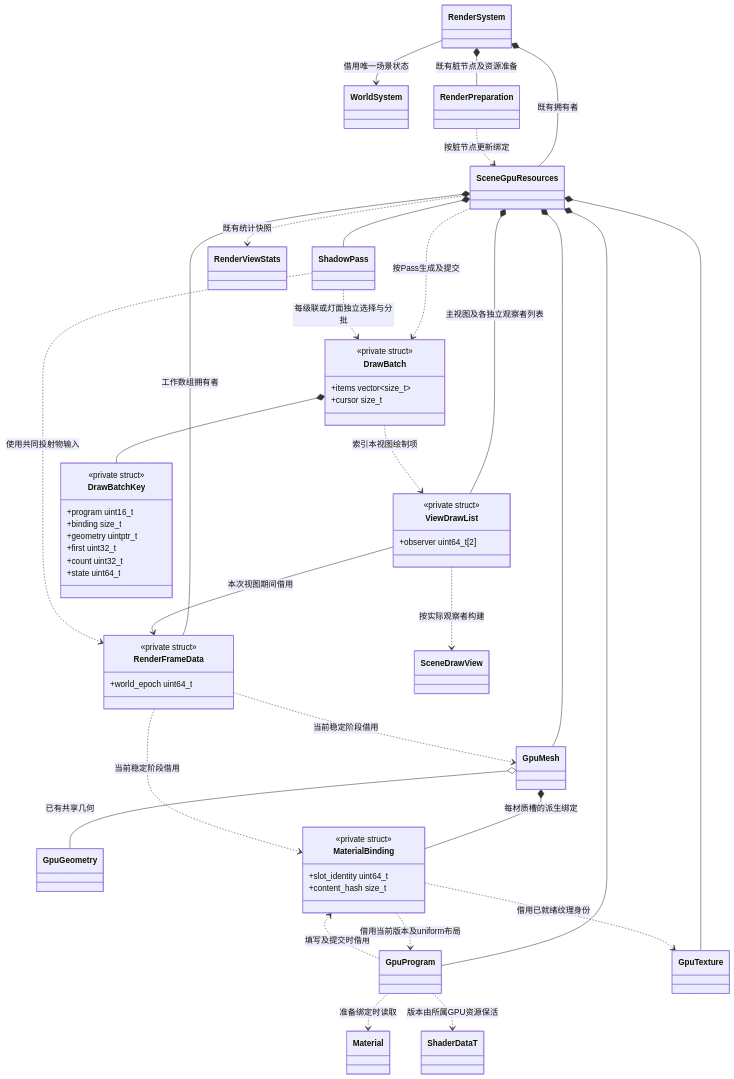
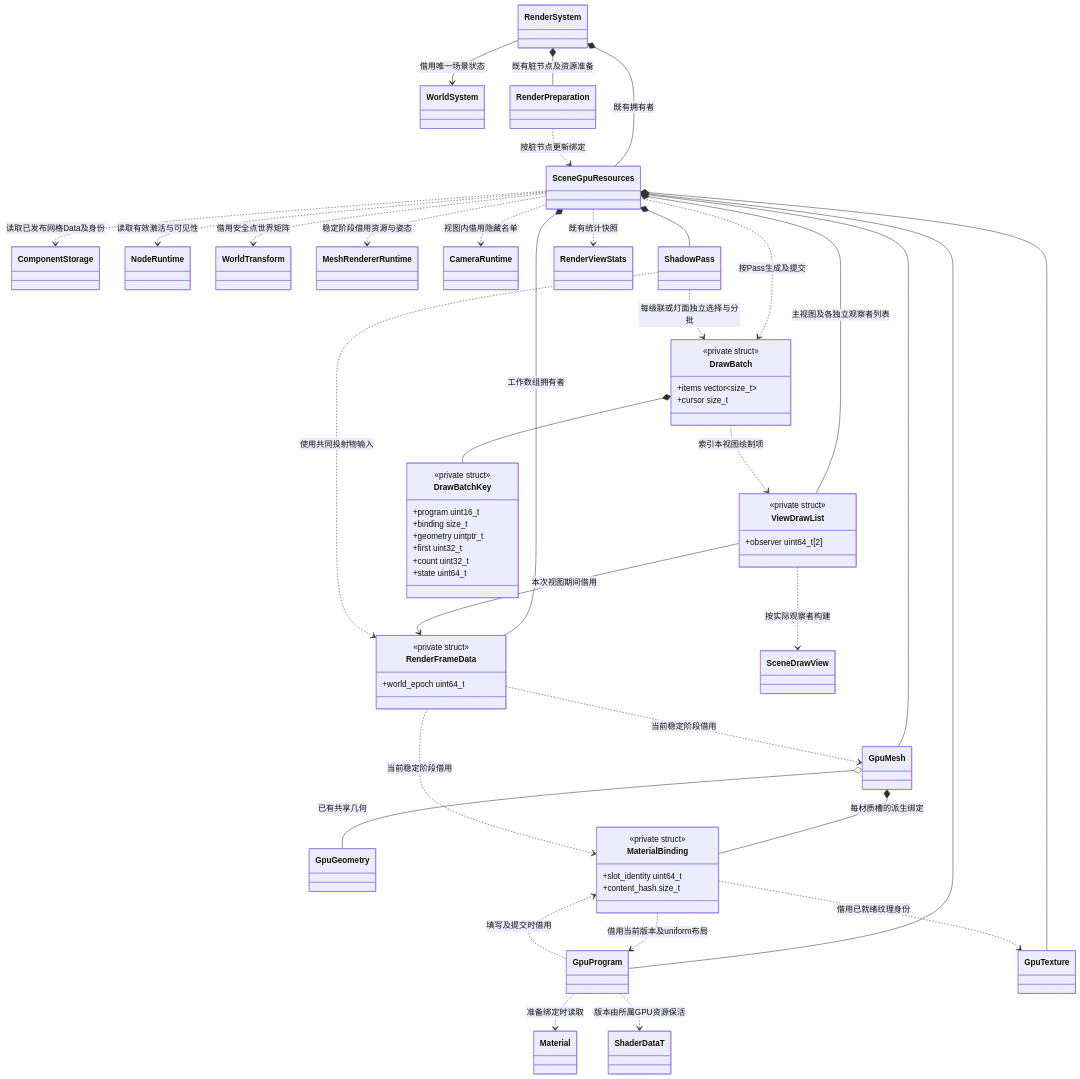
One commit to lcals/Engine changed the second of 3 diagrams in docs/runtime/class-diagrams/render-submission.md. Above: the diagram before and after it, drawn with Mermaid. The commit also changed other lines of this file and 13 other files, not shown here.

````diff
--- a/docs/runtime/class-diagrams/render-submission.md
+++ b/docs/runtime/class-diagrams/render-submission.md
@@ -127,71 +127,81 @@
 ```mermaid
 classDiagram
     direction TB
     class RenderSystem
     class WorldSystem
+    class ComponentStorage
+    class NodeRuntime
+    class WorldTransform
+    class MeshRendererRuntime
+    class CameraRuntime
     class SceneGpuResources
     class RenderPreparation
     class GpuMesh
     class GpuGeometry
     class GpuProgram
     class GpuTexture
     class Material
     class ShaderDataT
     class MaterialBinding {
         <<private struct>>
         +slot_identity uint64_t
         +content_hash size_t
     }
     class RenderFrameData {
         <<private struct>>
         +world_epoch uint64_t
     }
     class ViewDrawList {
         <<private struct>>
         +observer uint64_t[2]
     }
     class DrawBatchKey {
         <<private struct>>
         +program uint16_t
         +binding size_t
         +geometry uintptr_t
         +first uint32_t
         +count uint32_t
         +state uint64_t
     }
     class DrawBatch {
         <<private struct>>
         +items vector~size_t~
         +cursor size_t
     }
     class SceneDrawView
     class ShadowPass
     class RenderViewStats
     RenderSystem --> WorldSystem : 借用唯一场景状态
     RenderSystem *-- SceneGpuResources : 既有拥有者
     RenderSystem *-- RenderPreparation : 既有脏节点及资源准备
     SceneGpuResources *-- RenderFrameData : 工作数组拥有者
     SceneGpuResources *-- ViewDrawList : 主视图及各独立观察者列表
+    SceneGpuResources ..> ComponentStorage : 读取已发布网格Data及身份
+    SceneGpuResources ..> NodeRuntime : 读取有效激活与可见性
+    SceneGpuResources ..> WorldTransform : 借用安全点世界矩阵
+    SceneGpuResources ..> MeshRendererRuntime : 稳定阶段借用资源与姿态
+    SceneGpuResources ..> CameraRuntime : 视图内借用隐藏名单
     RenderPreparation ..> SceneGpuResources : 按脏节点更新绑定
     SceneGpuResources *-- GpuMesh
     SceneGpuResources *-- GpuProgram
     SceneGpuResources *-- GpuTexture
     SceneGpuResources *-- ShadowPass
     GpuMesh o-- GpuGeometry : 已有共享几何
     GpuMesh *-- MaterialBinding : 每材质槽的派生绑定
     GpuProgram ..> Material : 准备绑定时读取
     GpuProgram ..> MaterialBinding : 填写及提交时借用
     MaterialBinding ..> GpuProgram : 借用当前版本及uniform布局
     GpuProgram ..> ShaderDataT : 版本由所属GPU资源保活
     MaterialBinding ..> GpuTexture : 借用已就绪纹理身份
     RenderFrameData ..> GpuMesh : 当前稳定阶段借用
     RenderFrameData ..> MaterialBinding : 当前稳定阶段借用
     ViewDrawList --> RenderFrameData : 本次视图期间借用
     ViewDrawList ..> SceneDrawView : 按实际观察者构建
     DrawBatch *-- DrawBatchKey
     DrawBatch ..> ViewDrawList : 索引本视图绘制项
     SceneGpuResources ..> DrawBatch : 按Pass生成及提交
     ShadowPass ..> RenderFrameData : 使用共同投射物输入
     ShadowPass ..> DrawBatch : 每级联或灯面独立选择与分批
     SceneGpuResources ..> RenderViewStats : 既有统计快照
 ```
````
